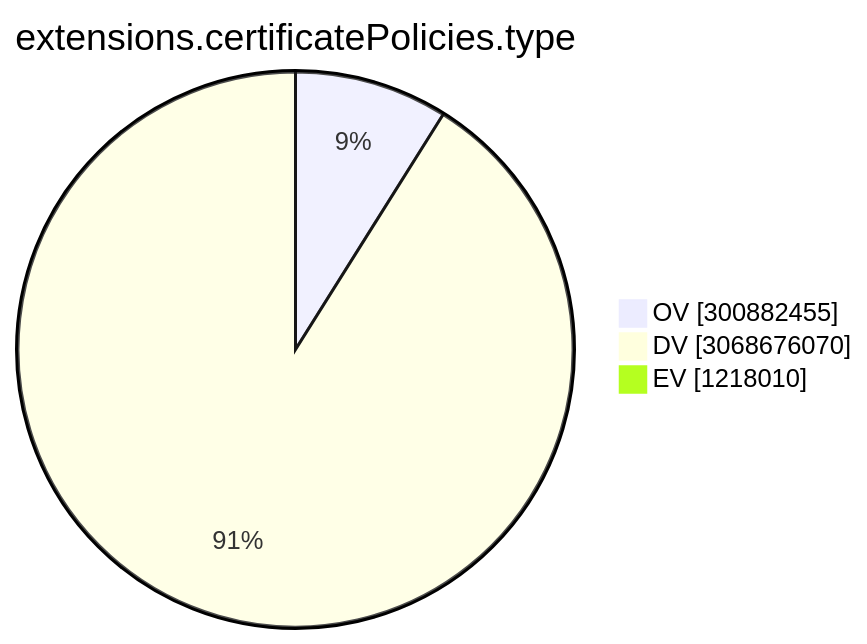
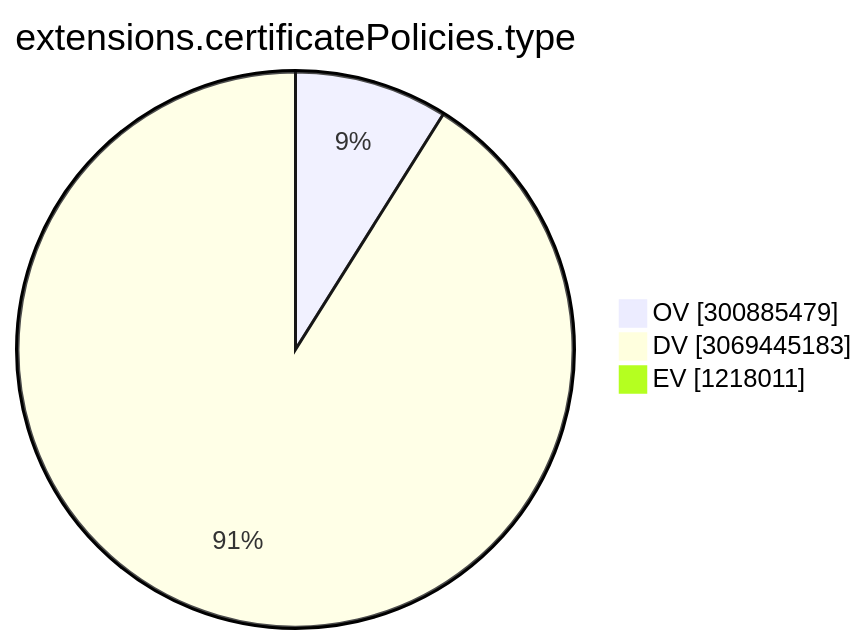
The ninth of 15 diagrams in TOTAL/README.md (christiankrug/ctmonitor_visualization), drawn with Mermaid before and after one commit. The commit also changed other lines of this file, not shown here.

````diff
--- a/TOTAL/README.md
+++ b/TOTAL/README.md
@@ -3102,7 +3102,7 @@
 ```mermaid
 pie showData
 title extensions.certificatePolicies.type
-"OV" :300882455
-"DV" :3068676070
-"EV" :1218010
+"OV" :300885479
+"DV" :3069445183
+"EV" :1218011
 ```
````
